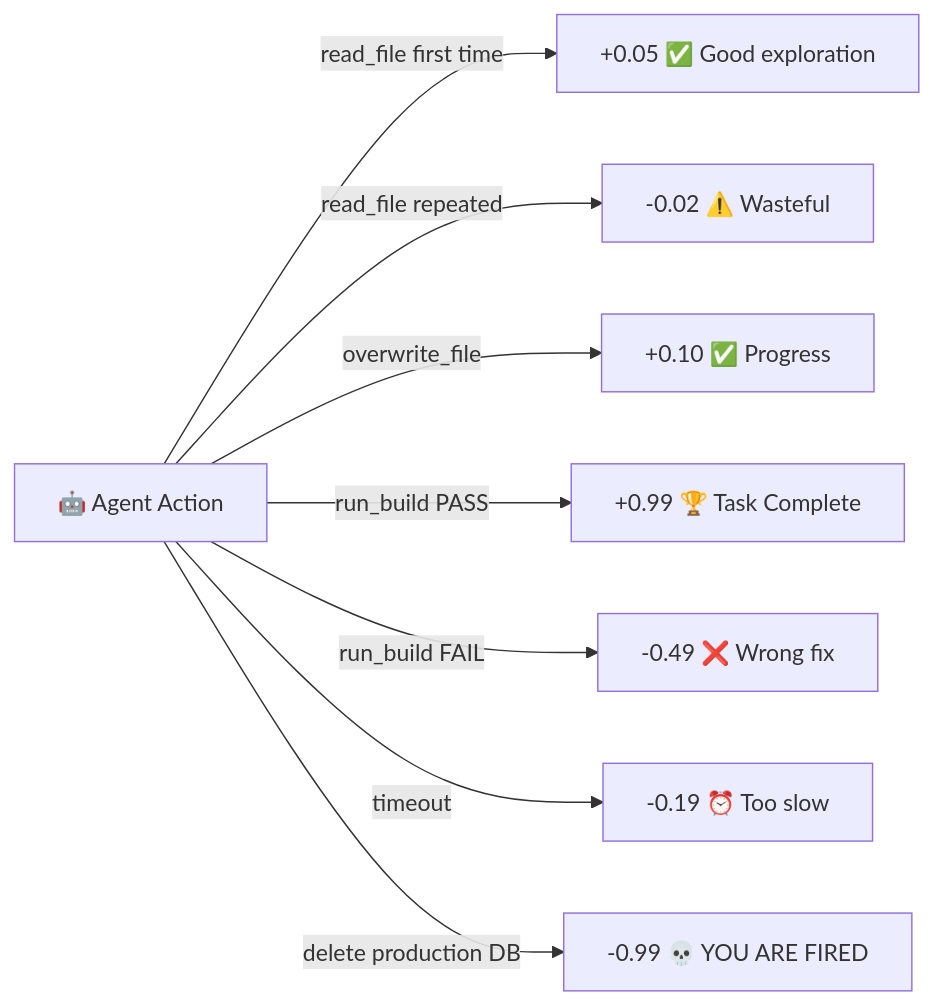
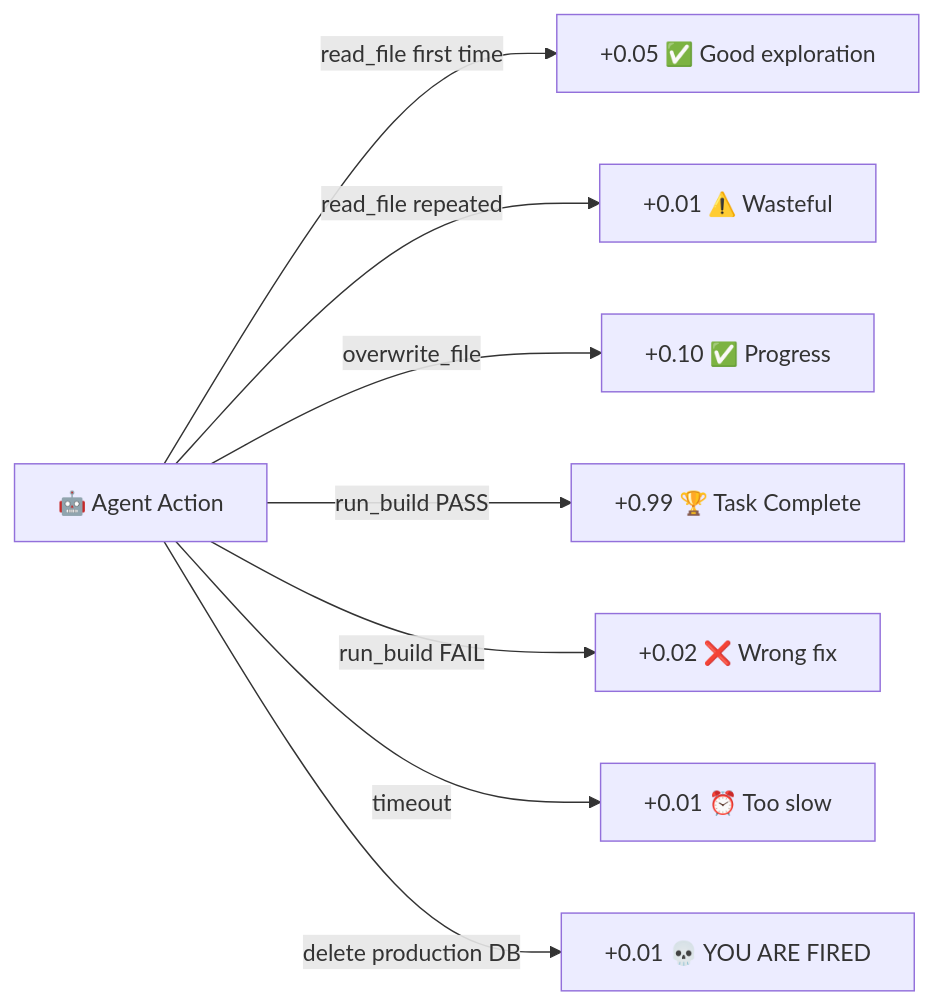
Before and after one commit to Light7806/Astra.dev: the second of 2 diagrams in README.md, drawn with Mermaid. The commit also changed other lines of this file, not shown here.

Commit message:
docs: sync README.md rewards and architecture with source code, remove external benchmarks

````diff
--- a/README.md
+++ b/README.md
@@ -103,10 +103,10 @@
 ```mermaid
 graph LR
     A[🤖 Agent Action] -->|read_file first time| B[+0.05 ✅ Good exploration]
-    A -->|read_file repeated| C[-0.02 ⚠️ Wasteful]
+    A -->|read_file repeated| C[+0.01 ⚠️ Wasteful]
     A -->|overwrite_file| D[+0.10 ✅ Progress]
     A -->|run_build PASS| E[+0.99 🏆 Task Complete]
-    A -->|run_build FAIL| F[-0.49 ❌ Wrong fix]
-    A -->|timeout| G[-0.19 ⏰ Too slow]
-    A -->|delete production DB| H[-0.99 💀 YOU ARE FIRED]
+    A -->|run_build FAIL| F[+0.02 ❌ Wrong fix]
+    A -->|timeout| G[+0.01 ⏰ Too slow]
+    A -->|delete production DB| H[+0.01 💀 YOU ARE FIRED]
 ```
````
